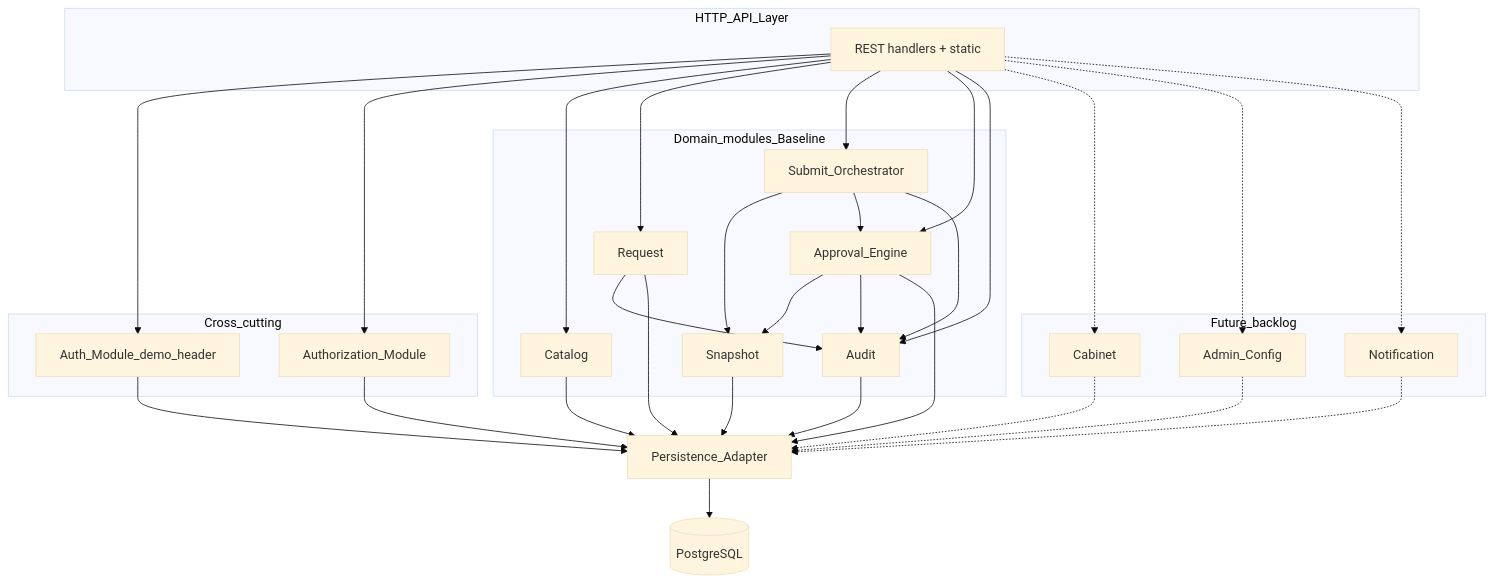
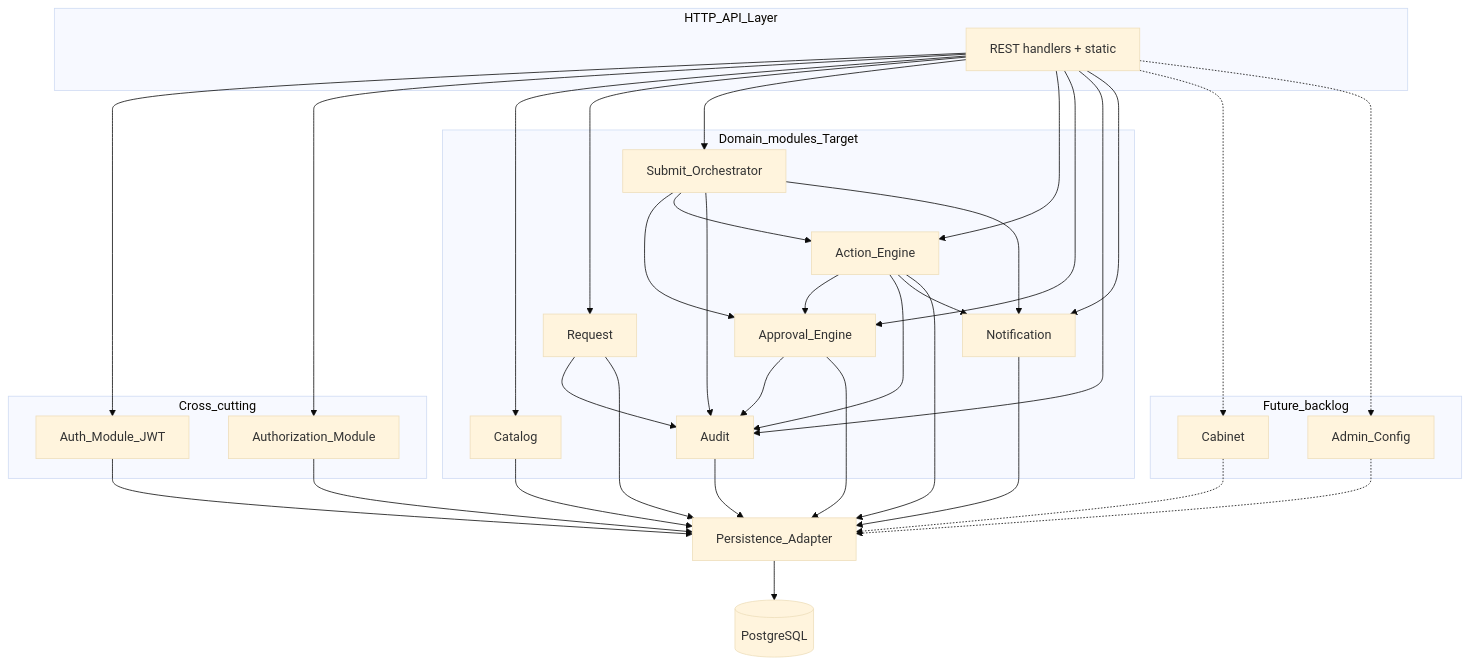
The diagram in docs/03-diagrams/architecture/component-diagram.md (egoryasuk96/pet-project-hr-tech-), drawn with Mermaid (base theme) before and after one commit. The commit also changed other lines of this file and 125 other files, not shown here.

````diff
--- a/docs/03-diagrams/architecture/component-diagram.md
+++ b/docs/03-diagrams/architecture/component-diagram.md
@@ -74,60 +79,64 @@
 ```mermaid
 flowchart TB
   subgraph http [HTTP_API_Layer]
     Handlers[REST handlers + static]
   end
 
   subgraph cross [Cross_cutting]
-    AuthN[Auth_Module_demo_header]
+    AuthN[Auth_Module_JWT]
     AuthZ[Authorization_Module]
   end
 
-  subgraph domain [Domain_modules_Baseline]
+  subgraph domain [Domain_modules_Target]
     Cat[Catalog]
     Req[Request]
     Sub[Submit_Orchestrator]
-    Snap[Snapshot]
+    Act[Action_Engine]
     Appr[Approval_Engine]
     Audit[Audit]
+    Notif[Notification]
   end
 
   subgraph future [Future_backlog]
     Cab[Cabinet]
     Adm[Admin_Config]
-    Notif[Notification]
   end
 
   Pers[Persistence_Adapter]
   DB[(PostgreSQL)]
 
   Handlers --> AuthN
   Handlers --> AuthZ
   Handlers --> Cat
   Handlers --> Req
   Handlers --> Sub
+  Handlers --> Act
   Handlers --> Appr
   Handlers --> Audit
+  Handlers --> Notif
 
-  Sub --> Snap
   Sub --> Appr
+  Sub --> Act
   Sub --> Audit
-  Appr --> Snap
+  Sub --> Notif
+  Act --> Appr
+  Act --> Audit
+  Act --> Notif
   Appr --> Audit
   Req --> Audit
 
   Cat --> Pers
   Req --> Pers
-  Snap --> Pers
+  Act --> Pers
   Appr --> Pers
   Audit --> Pers
+  Notif --> Pers
   AuthN --> Pers
   AuthZ --> Pers
   Pers --> DB
 
   Handlers -.-> Cab
   Handlers -.-> Adm
-  Handlers -.-> Notif
   Cab -.-> Pers
   Adm -.-> Pers
-  Notif -.-> Pers
 ```
````
